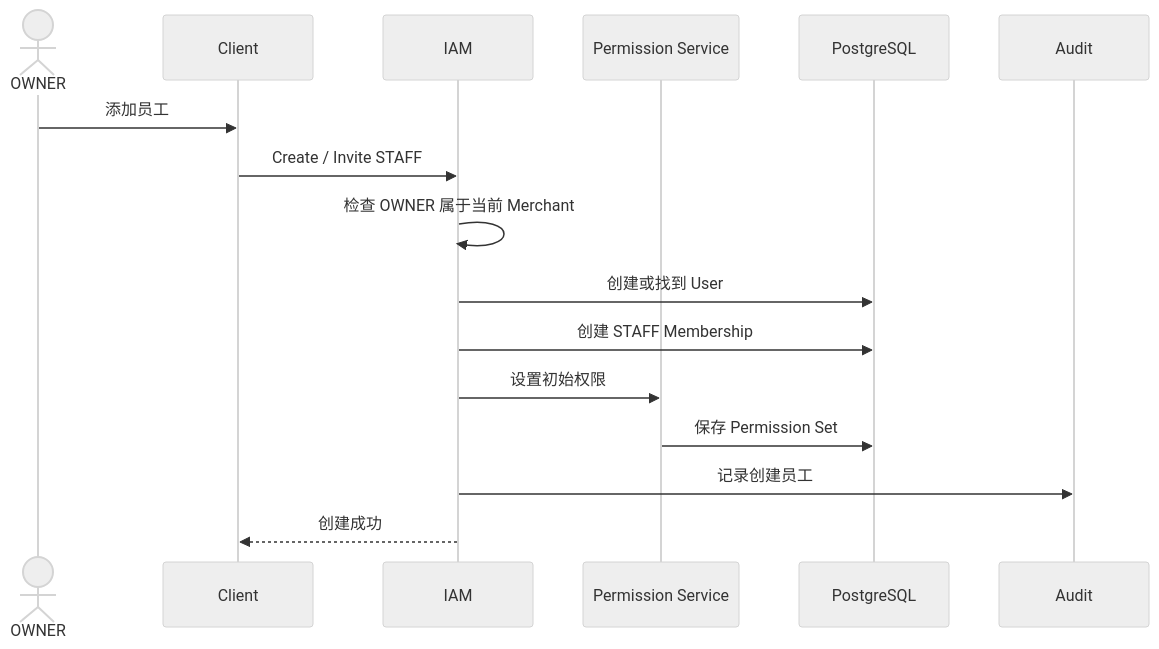
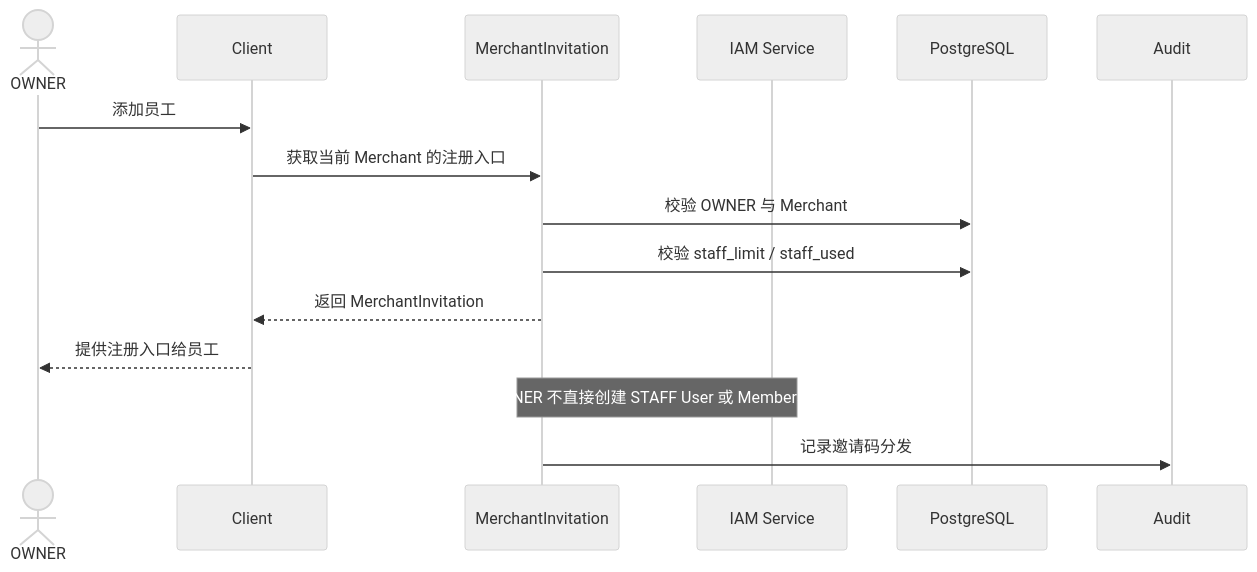
Before and after one commit to sxyq/mastergoods: the third of 8 diagrams in docs/system-design/01-账户与身份/03-用户资料与账号管理.md, drawn with Mermaid (neutral theme). The commit also changed other lines of this file and 10 other files, not shown here.

````diff
--- a/docs/system-design/01-账户与身份/03-用户资料与账号管理.md
+++ b/docs/system-design/01-账户与身份/03-用户资料与账号管理.md
@@ -104,22 +104,20 @@
 ```mermaid
 sequenceDiagram
     actor O as OWNER
     participant C as Client
-    participant IAM as IAM
-    participant PERM as Permission Service
+    participant INV as MerchantInvitation
+    participant IAM as IAM Service
     participant DB as PostgreSQL
     participant AUDIT as Audit
 
     O->>C: 添加员工
-    C->>IAM: Create / Invite STAFF
+    C->>INV: 获取当前 Merchant 的注册入口
 
-    IAM->>IAM: 检查 OWNER 属于当前 Merchant
-    IAM->>DB: 创建或找到 User
-    IAM->>DB: 创建 STAFF Membership
+    INV->>DB: 校验 OWNER 与 Merchant
+    INV->>DB: 校验 staff_limit / staff_used
+    INV-->>C: 返回 MerchantInvitation
+    C-->>O: 提供注册入口给员工
 
-    IAM->>PERM: 设置初始权限
-    PERM->>DB: 保存 Permission Set
-
-    IAM->>AUDIT: 记录创建员工
-    IAM-->>C: 创建成功
+    Note over INV,IAM: OWNER 不直接创建 STAFF User 或 Membership
+    INV->>AUDIT: 记录邀请码分发
 ```
````
